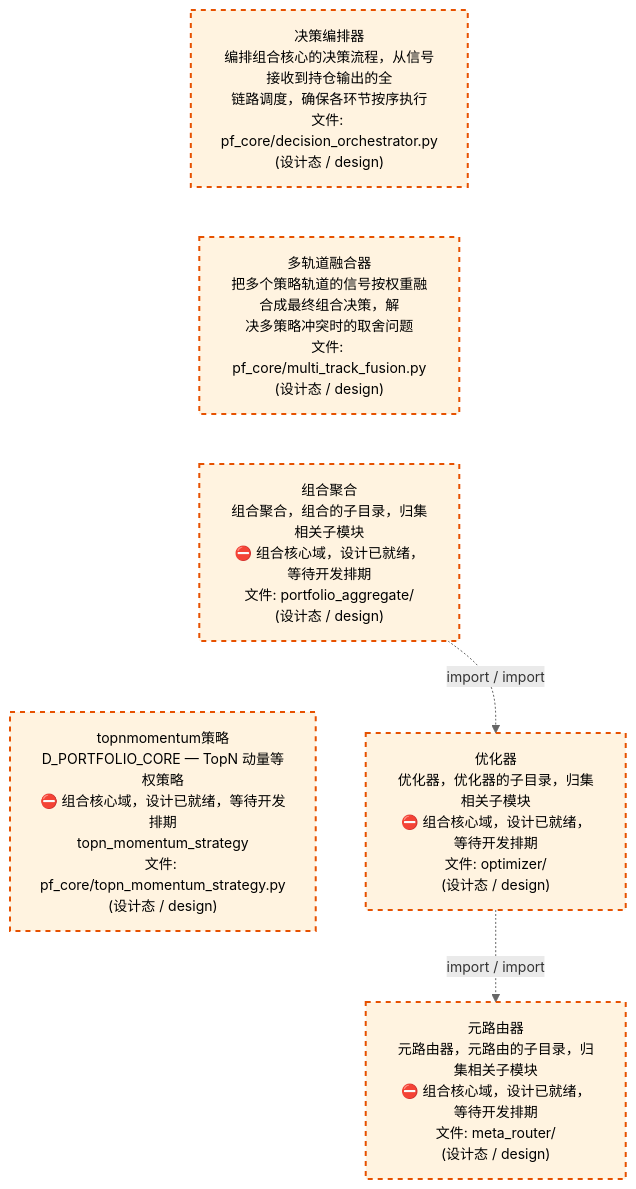
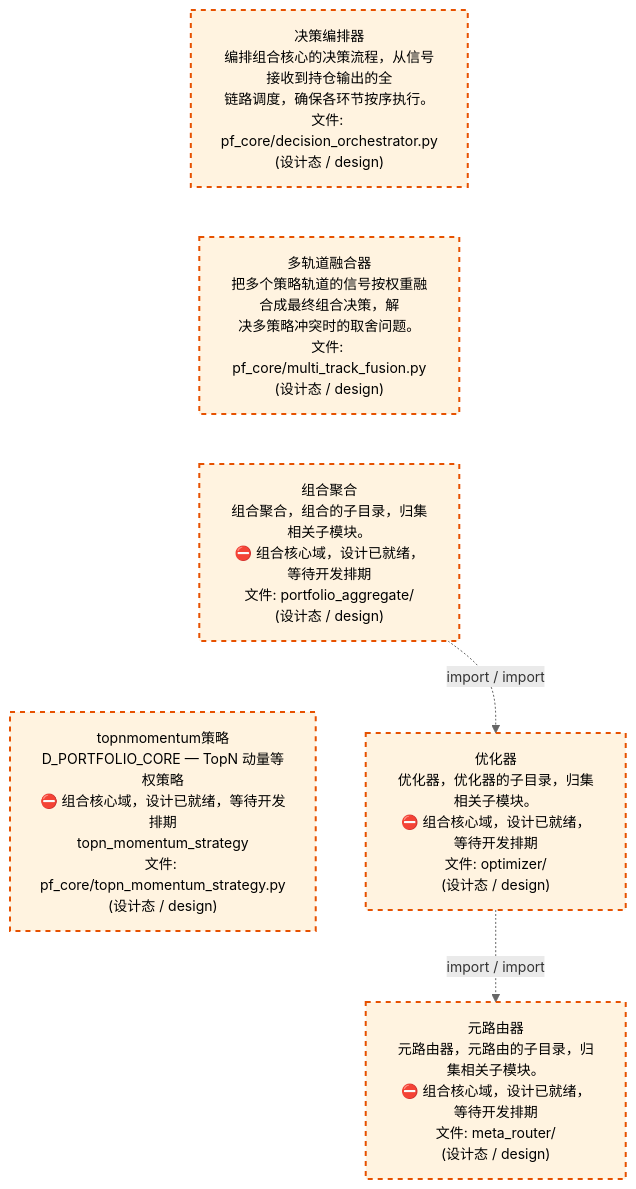
One commit to xuanFelixVan/ZephyrAlpha changed the third of 4 diagrams in docs/02_enterprise_architecture/02_domain_architecture_docs/63_d_pf_core.md. Above: the diagram before and after it, drawn with Mermaid. The commit also changed other lines of this file and 58 other files, not shown here.

````diff
--- a/docs/02_enterprise_architecture/02_domain_architecture_docs/63_d_pf_core.md
+++ b/docs/02_enterprise_architecture/02_domain_architecture_docs/63_d_pf_core.md
@@ -180,20 +180,20 @@
 ```mermaid
 %%{init: {'theme': 'base', 'themeVariables': {'primaryColor': '#eaeaea', 'primaryTextColor': '#333333', 'primaryBorderColor': '#666666', 'lineColor': '#666666', 'secondaryColor': '#eaeaea', 'tertiaryColor': '#eaeaea', 'fontSize': '14px'}}}%%
 flowchart TD
-    src_zephyr_pf_core_decision_orchestrator_py["决策编排器<br/>编排组合核心的决策流程，从信号接收到持仓输出的全<br/>链路调度，确保各环节按序执行<br/>文件: pf_core/decision_orchestrator.py<br/>(设计态 / design)"]
-    src_zephyr_pf_core_multi_track_fusion_py["多轨道融合器<br/>把多个策略轨道的信号按权重融合成最终组合决策，解<br/>决多策略冲突时的取舍问题<br/>文件: pf_core/multi_track_fusion.py<br/>(设计态 / design)"]
-    src_zephyr_pf_core_portfolio_aggregate["组合聚合<br/>组合聚合，组合的子目录，归集相关子模块<br/>⛔ 组合核心域，设计已就绪，等待开发排期<br/>文件: portfolio_aggregate/<br/>(设计态 / design)"]
+    src_zephyr_pf_core_decision_orchestrator_py["决策编排器<br/>编排组合核心的决策流程，从信号接收到持仓输出的全<br/>链路调度，确保各环节按序执行。<br/>文件: pf_core/decision_orchestrator.py<br/>(设计态 / design)"]
+    src_zephyr_pf_core_multi_track_fusion_py["多轨道融合器<br/>把多个策略轨道的信号按权重融合成最终组合决策，解<br/>决多策略冲突时的取舍问题。<br/>文件: pf_core/multi_track_fusion.py<br/>(设计态 / design)"]
+    src_zephyr_pf_core_portfolio_aggregate["组合聚合<br/>组合聚合，组合的子目录，归集相关子模块。<br/>⛔ 组合核心域，设计已就绪，等待开发排期<br/>文件: portfolio_aggregate/<br/>(设计态 / design)"]
     src_zephyr_pf_core_topn_momentum_strategy_py["topnmomentum策略<br/>D_PORTFOLIO_CORE — TopN 动量等权策略<br/>⛔ 组合核心域，设计已就绪，等待开发排期<br/>topn_momentum_strategy<br/>文件: pf_core/topn_momentum_strategy.py<br/>(设计态 / design)"]
     src_zephyr_pf_core_decision_orchestrator_py ~~~ src_zephyr_pf_core_multi_track_fusion_py
     src_zephyr_pf_core_multi_track_fusion_py ~~~ src_zephyr_pf_core_portfolio_aggregate
     src_zephyr_pf_core_portfolio_aggregate ~~~ src_zephyr_pf_core_topn_momentum_strategy_py
-    src_zephyr_pf_core_optimizer["优化器<br/>优化器，优化器的子目录，归集相关子模块<br/>⛔ 组合核心域，设计已就绪，等待开发排期<br/>文件: optimizer/<br/>(设计态 / design)"]
-    src_zephyr_pf_core_meta_router["元路由器<br/>元路由器，元路由的子目录，归集相关子模块<br/>⛔ 组合核心域，设计已就绪，等待开发排期<br/>文件: meta_router/<br/>(设计态 / design)"]
+    src_zephyr_pf_core_optimizer["优化器<br/>优化器，优化器的子目录，归集相关子模块。<br/>⛔ 组合核心域，设计已就绪，等待开发排期<br/>文件: optimizer/<br/>(设计态 / design)"]
+    src_zephyr_pf_core_meta_router["元路由器<br/>元路由器，元路由的子目录，归集相关子模块。<br/>⛔ 组合核心域，设计已就绪，等待开发排期<br/>文件: meta_router/<br/>(设计态 / design)"]
     src_zephyr_pf_core_optimizer -.->|import / import| src_zephyr_pf_core_meta_router
     src_zephyr_pf_core_portfolio_aggregate -.->|import / import| src_zephyr_pf_core_optimizer
     classDef production fill:#e1f5fe,stroke:#01579b,stroke-width:2px,color:#000
     classDef design fill:#fff3e0,stroke:#e65100,stroke-width:2px,color:#000,stroke-dasharray: 5 5
     classDef external_prod fill:#e8f4fd,stroke:#0277bd,stroke-width:1px,color:#000
     classDef external_design fill:#fff8e7,stroke:#ef6c00,stroke-width:1px,color:#000,stroke-dasharray: 5 5
     class src_zephyr_pf_core_decision_orchestrator_py,src_zephyr_pf_core_meta_router,src_zephyr_pf_core_multi_track_fusion_py,src_zephyr_pf_core_optimizer,src_zephyr_pf_core_portfolio_aggregate,src_zephyr_pf_core_topn_momentum_strategy_py design
 ```
````
